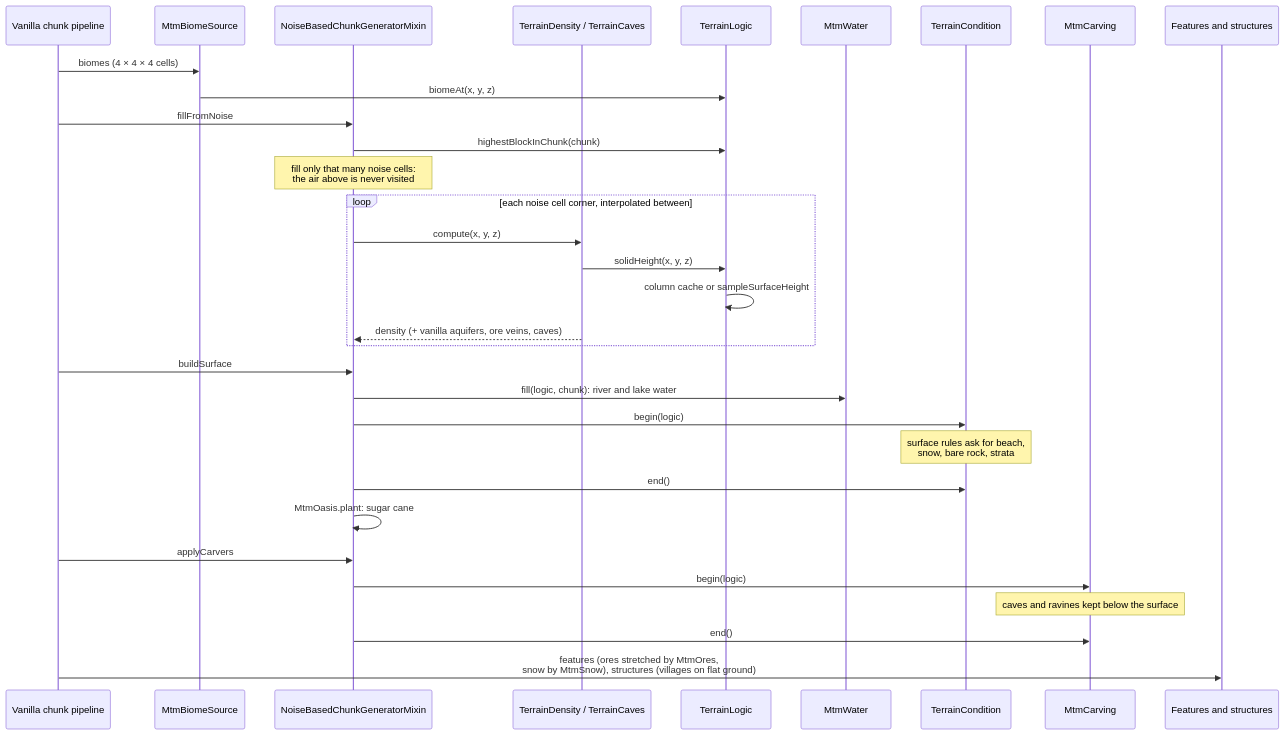
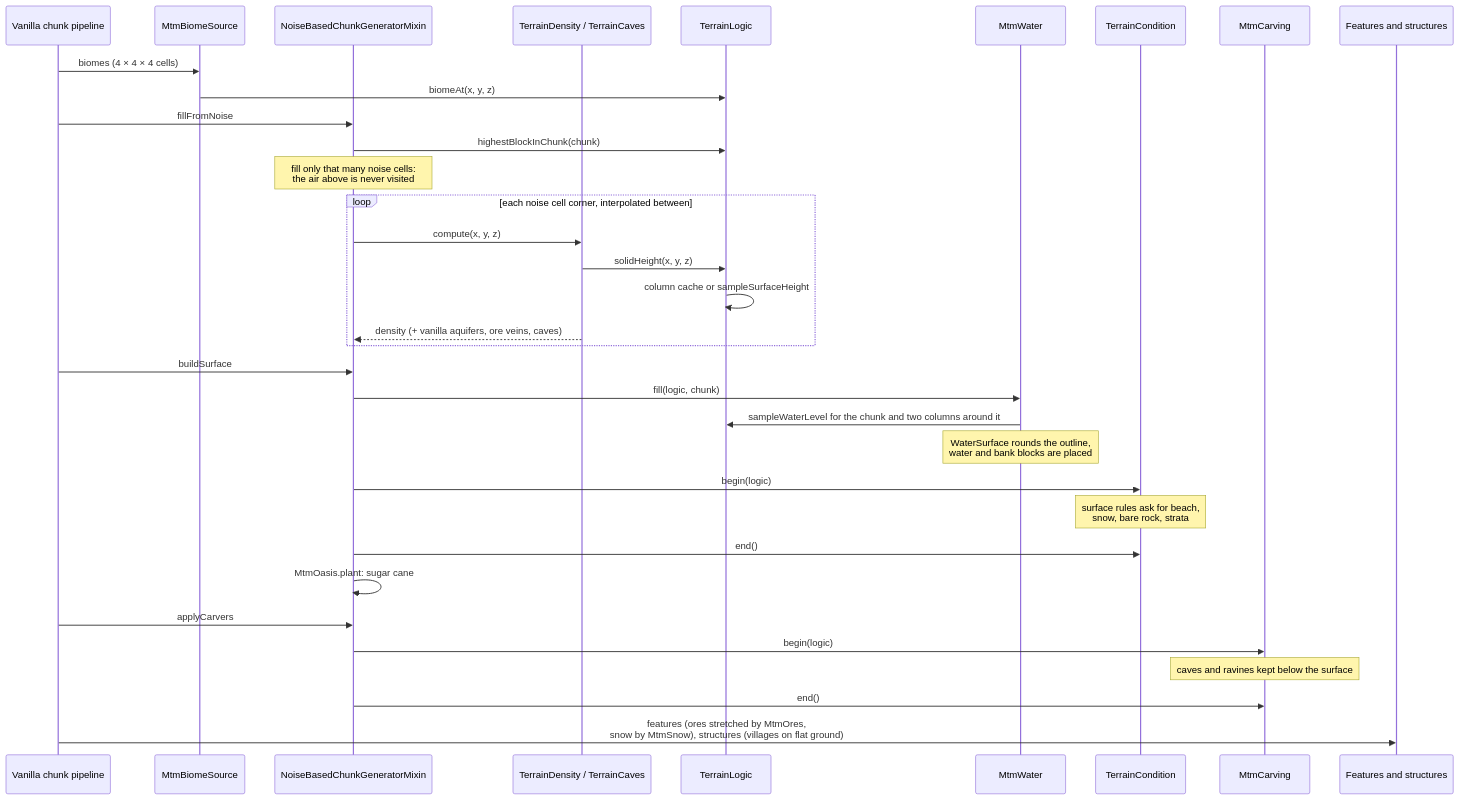
One commit to MitsuhaQuQ/MTM_worldGen changed the tenth of 15 diagrams in docs/architecture.md. Above: the diagram before and after it, drawn with Mermaid. The commit also changed other lines of this file, not shown here.

First line of the commit message:
Update the architecture doc for v0.7.1

````diff
--- a/docs/architecture.md
+++ b/docs/architecture.md
@@ -424,35 +460,37 @@
 ```mermaid
 sequenceDiagram
     participant V as Vanilla chunk pipeline
     participant BS as MtmBiomeSource
     participant NG as NoiseBasedChunkGeneratorMixin
     participant D as TerrainDensity / TerrainCaves
     participant L as TerrainLogic
     participant W as MtmWater
     participant SC as TerrainCondition
     participant C as MtmCarving
     participant F as Features and structures
 
     V->>BS: biomes (4 × 4 × 4 cells)
     BS->>L: biomeAt(x, y, z)
     V->>NG: fillFromNoise
     NG->>L: highestBlockInChunk(chunk)
     Note over NG: fill only that many noise cells:<br/>the air above is never visited
     loop each noise cell corner, interpolated between
         NG->>D: compute(x, y, z)
         D->>L: solidHeight(x, y, z)
         L->>L: column cache or sampleSurfaceHeight
         D-->>NG: density (+ vanilla aquifers, ore veins, caves)
     end
     V->>NG: buildSurface
-    NG->>W: fill(logic, chunk): river and lake water
+    NG->>W: fill(logic, chunk)
+    W->>L: sampleWaterLevel for the chunk and two columns around it
+    Note over W: WaterSurface rounds the outline,<br/>water and bank blocks are placed
     NG->>SC: begin(logic)
     Note over SC: surface rules ask for beach,<br/>snow, bare rock, strata
     NG->>SC: end()
     NG->>NG: MtmOasis.plant: sugar cane
     V->>NG: applyCarvers
     NG->>C: begin(logic)
     Note over C: caves and ravines kept below the surface
     NG->>C: end()
     V->>F: features (ores stretched by MtmOres,<br/>snow by MtmSnow), structures (villages on flat ground)
 ```
````
